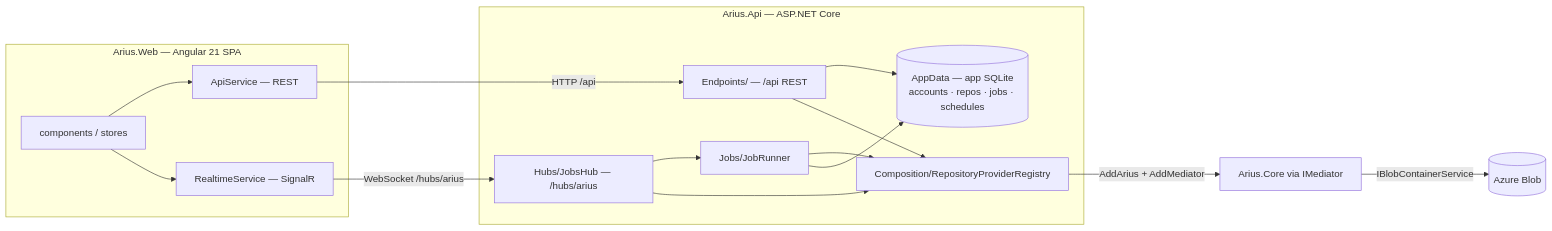
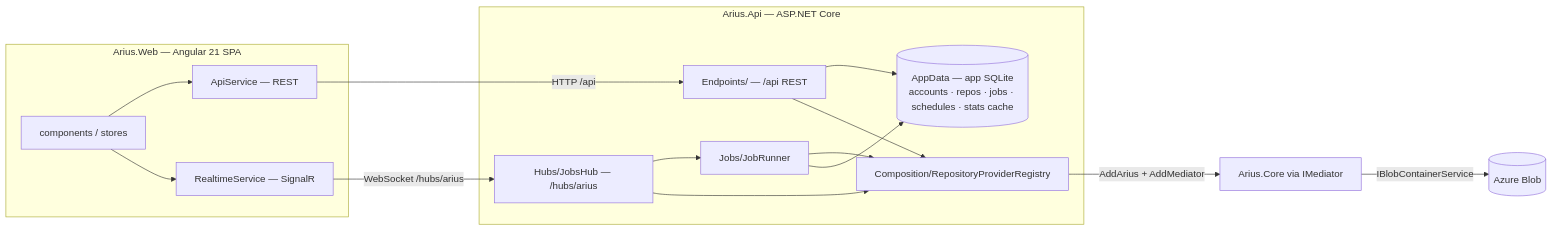
One commit to woutervanranst/Arius7 changed the first of 3 diagrams in docs/design/hosts/web.md. Above: the diagram before and after it, drawn with Mermaid. The commit also changed other lines of this file and 7 other files, not shown here.

````diff
--- a/docs/design/hosts/web.md
+++ b/docs/design/hosts/web.md
@@ -15,27 +15,27 @@
 ```mermaid
 flowchart LR
     subgraph web[Arius.Web — Angular 21 SPA]
         spa[components / stores]
         api_c[ApiService — REST]
         rt_c[RealtimeService — SignalR]
         spa --> api_c
         spa --> rt_c
     end
     subgraph host[Arius.Api — ASP.NET Core]
         ep[Endpoints/ — /api REST]
         hub[Hubs/JobsHub — /hubs/arius]
         runner[Jobs/JobRunner]
         reg[Composition/RepositoryProviderRegistry]
-        appdb[(AppData — app SQLite<br/>accounts · repos · jobs · schedules)]
+        appdb[(AppData — app SQLite<br/>accounts · repos · jobs · schedules · stats cache)]
     end
     api_c -->|HTTP /api| ep
     rt_c -->|WebSocket /hubs/arius| hub
     ep --> appdb
     ep --> reg
     hub --> runner
     hub --> reg
     runner --> reg
     runner --> appdb
     reg -->|AddArius + AddMediator| core[Arius.Core via IMediator]
     core -->|IBlobContainerService| azure[(Azure Blob)]
 ```
````
